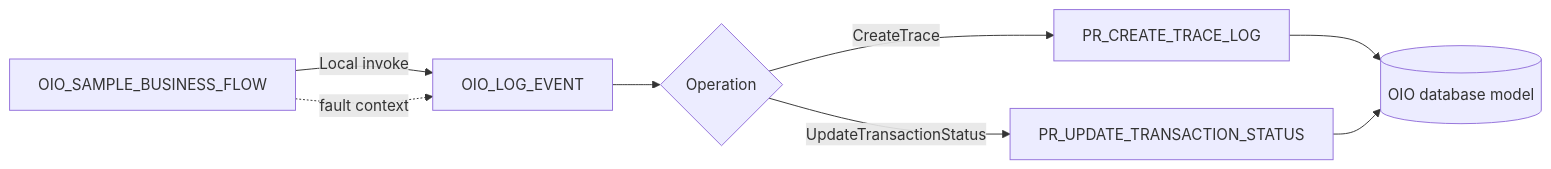
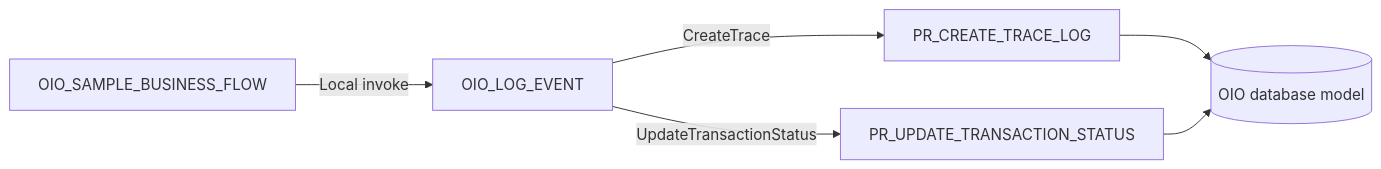
The diagram in oic/README.md (lucianosilva/oracle-integration-observability), drawn with Mermaid before and after one commit. The commit also changed other lines of this file and 5 other files, not shown here.

````diff
--- a/oic/README.md
+++ b/oic/README.md
@@ -29,13 +12,8 @@
 ```mermaid
 flowchart LR
     A[OIO_SAMPLE_BUSINESS_FLOW] -->|Local invoke| B[OIO_LOG_EVENT]
-
-    B --> C{Operation}
-    C -->|CreateTrace| D[PR_CREATE_TRACE_LOG]
-    C -->|UpdateTransactionStatus| E[PR_UPDATE_TRANSACTION_STATUS]
-
-    D --> F[(OIO database model)]
-    E --> F
-
-    A -. fault context .-> B
+    B -->|CreateTrace| C[PR_CREATE_TRACE_LOG]
+    B -->|UpdateTransactionStatus| D[PR_UPDATE_TRANSACTION_STATUS]
+    C --> E[(OIO database model)]
+    D --> E
 ```
````
